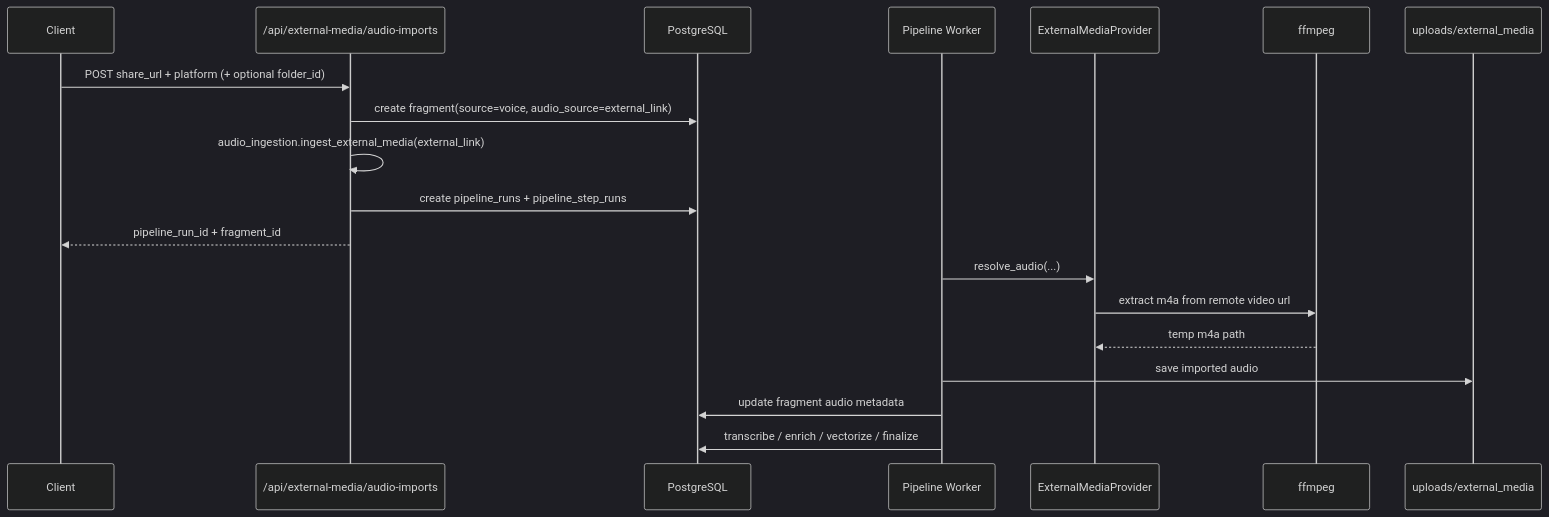
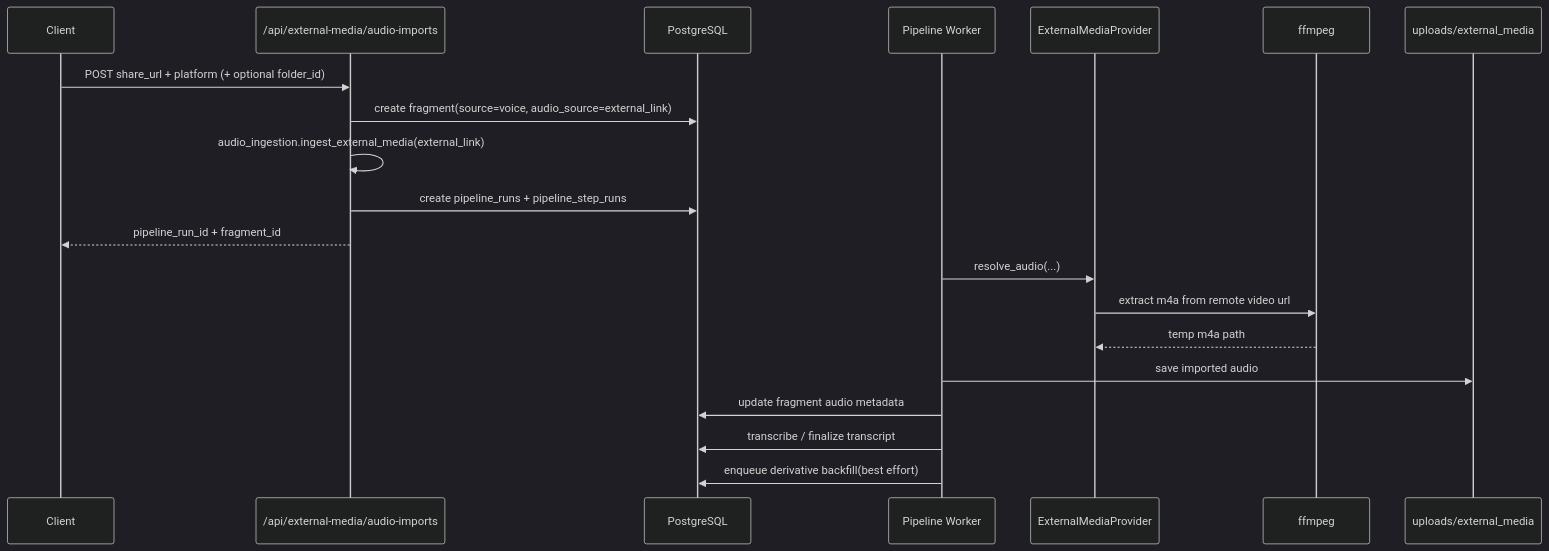
One commit to YCZA2/SparkFlow changed the fifth of 9 diagrams in memory-bank/architecture.md. Above: the diagram before and after it, drawn with Mermaid (dark theme). The commit also changed other lines of this file and 11 other files, not shown here.

````diff
--- a/memory-bank/architecture.md
+++ b/memory-bank/architecture.md
@@ -358,22 +365,23 @@
 ```mermaid
 sequenceDiagram
     participant App as Client
     participant API as /api/external-media/audio-imports
     participant DB as PostgreSQL
     participant PIPE as Pipeline Worker
     participant Provider as ExternalMediaProvider
     participant FF as ffmpeg
     participant FS as uploads/external_media
 
     App->>API: POST share_url + platform (+ optional folder_id)
     API->>DB: create fragment(source=voice, audio_source=external_link)
     API->>API: audio_ingestion.ingest_external_media(external_link)
     API->>DB: create pipeline_runs + pipeline_step_runs
     API-->>App: pipeline_run_id + fragment_id
     PIPE->>Provider: resolve_audio(...)
     Provider->>FF: extract m4a from remote video url
     FF-->>Provider: temp m4a path
     PIPE->>FS: save imported audio
     PIPE->>DB: update fragment audio metadata
-    PIPE->>DB: transcribe / enrich / vectorize / finalize
+    PIPE->>DB: transcribe / finalize transcript
+    PIPE->>DB: enqueue derivative backfill(best effort)
 ```
````
